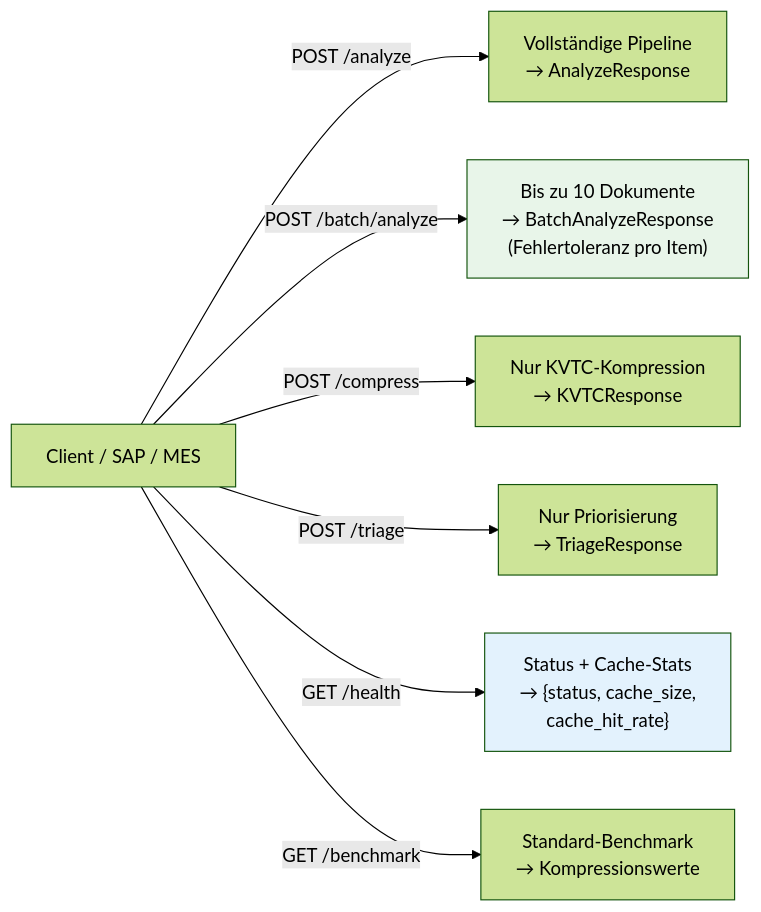
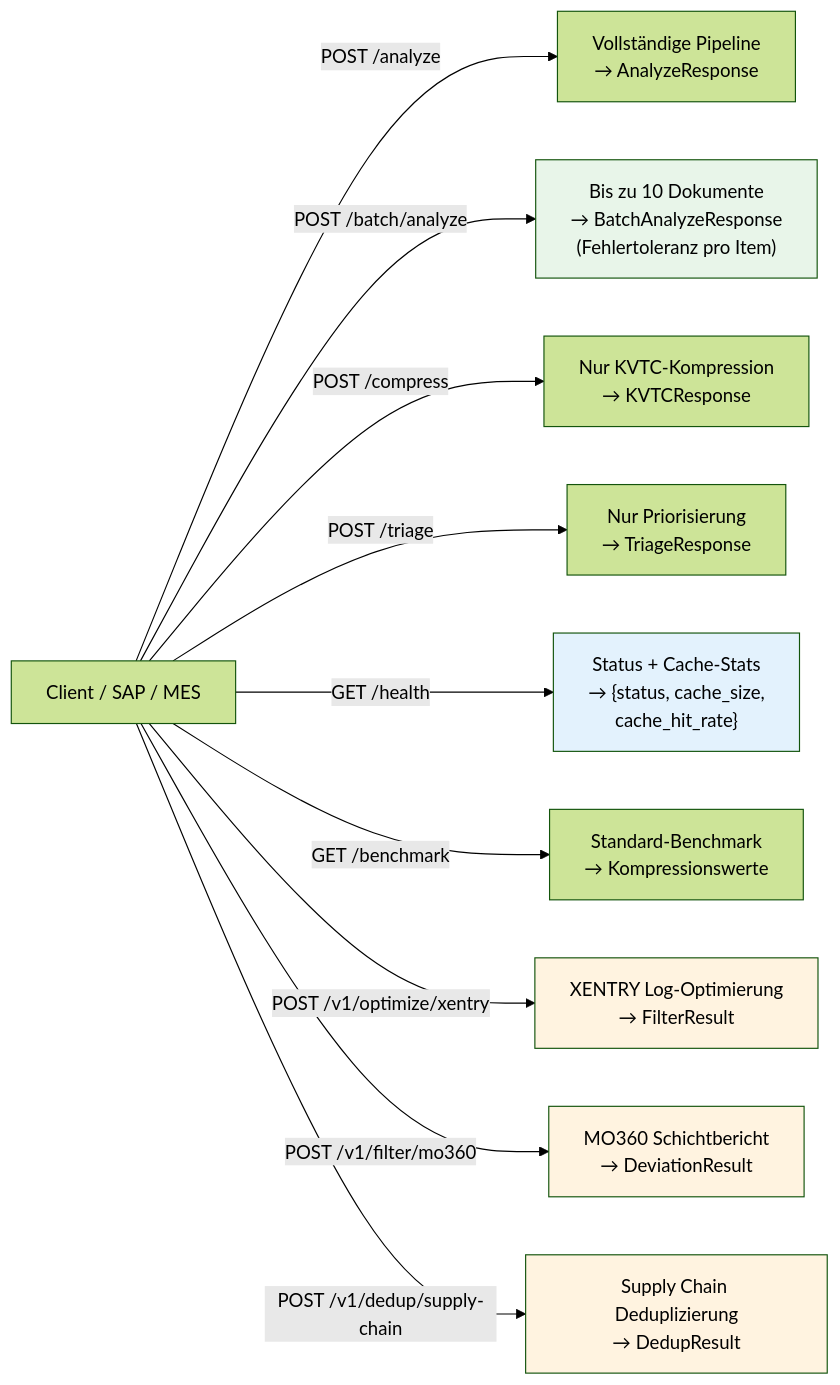
Before and after one commit to ProfRandom92/Comptext-Daimler-Experiment-: the sixth of 6 diagrams in README.md, drawn with Mermaid (forest theme). The commit also changed other lines of this file, not shown here.

````diff
--- a/README.md
+++ b/README.md
@@ -252,14 +254,20 @@
 ```mermaid
 graph LR
     Client[Client / SAP / MES]
 
     Client -->|POST /analyze| A["Vollständige Pipeline\n→ AnalyzeResponse"]
     Client -->|POST /batch/analyze| B["Bis zu 10 Dokumente\n→ BatchAnalyzeResponse\n(Fehlertoleranz pro Item)"]
     Client -->|POST /compress| C["Nur KVTC-Kompression\n→ KVTCResponse"]
     Client -->|POST /triage| D["Nur Priorisierung\n→ TriageResponse"]
     Client -->|GET /health| E["Status + Cache-Stats\n→ {status, cache_size,\ncache_hit_rate}"]
     Client -->|GET /benchmark| F["Standard-Benchmark\n→ Kompressionswerte"]
+    Client -->|POST /v1/optimize/xentry| G["XENTRY Log-Optimierung\n→ FilterResult"]
+    Client -->|POST /v1/filter/mo360| H["MO360 Schichtbericht\n→ DeviationResult"]
+    Client -->|POST /v1/dedup/supply-chain| I["Supply Chain Deduplizierung\n→ DedupResult"]
 
     style B fill:#E8F5E9
     style E fill:#E3F2FD
+    style G fill:#FFF3E0
+    style H fill:#FFF3E0
+    style I fill:#FFF3E0
 ```
````
